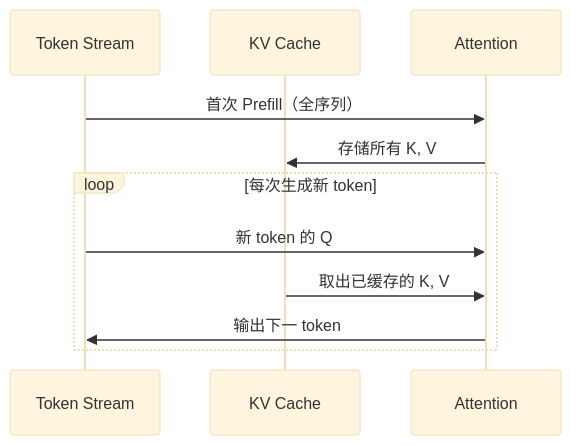
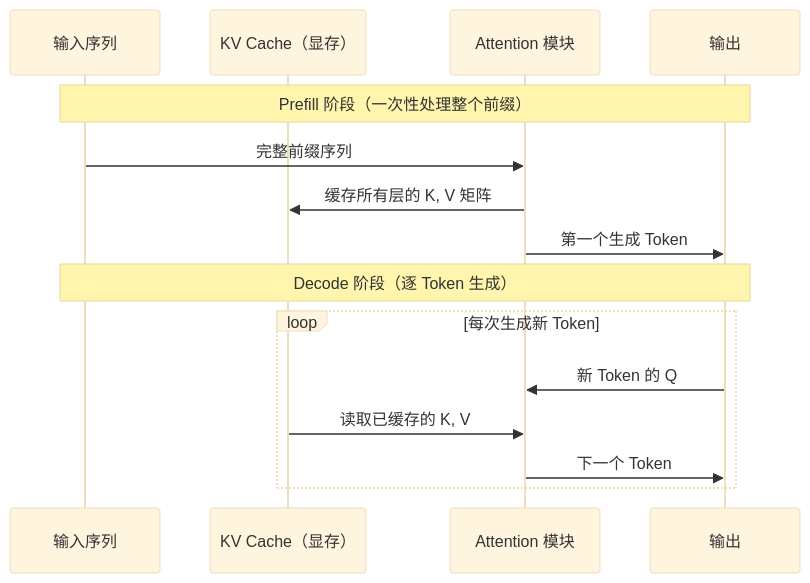
The third of 4 diagrams in knowledge/llm/basics/llm-token-context.md (AmbitionC/front-end-journey-resource), drawn with Mermaid (base theme) before and after one commit. The commit also changed other lines of this file and 16 other files, not shown here.

````diff
--- a/knowledge/llm/basics/llm-token-context.md
+++ b/knowledge/llm/basics/llm-token-context.md
@@ -64,14 +137,19 @@
 ```mermaid
 sequenceDiagram
-    participant T as Token Stream
-    participant C as KV Cache
-    participant A as Attention
+    participant Input as 输入序列
+    participant Cache as KV Cache（显存）
+    participant Attn as Attention 模块
+    participant Out as 输出
 
-    T->>A: 首次 Prefill（全序列）
-    A->>C: 存储所有 K, V
-    loop 每次生成新 token
-        T->>A: 新 token 的 Q
-        C->>A: 取出已缓存的 K, V
-        A->>T: 输出下一 token
+    Note over Input,Out: Prefill 阶段（一次性处理整个前缀）
+    Input->>Attn: 完整前缀序列
+    Attn->>Cache: 缓存所有层的 K, V 矩阵
+    Attn->>Out: 第一个生成 Token
+
+    Note over Input,Out: Decode 阶段（逐 Token 生成）
+    loop 每次生成新 Token
+        Out->>Attn: 新 Token 的 Q
+        Cache->>Attn: 读取已缓存的 K, V
+        Attn->>Out: 下一个 Token
     end
 ```
````
